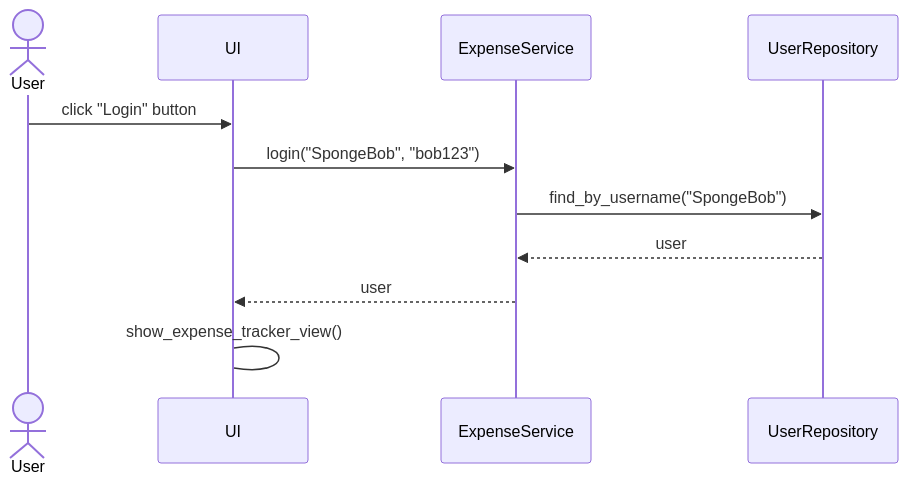
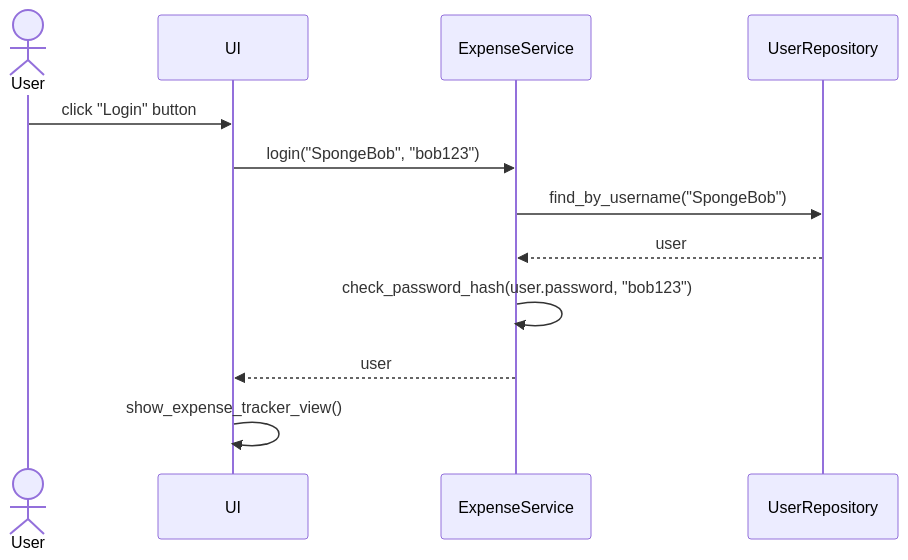
One commit to n1k1k/ot-harjoitustyo-2025 changed the second of 4 diagrams in dokumentaatio/arkkitehtuuri.md. Above: the diagram before and after it, drawn with Mermaid. The commit also changed other lines of this file, not shown here.

````diff
--- a/dokumentaatio/arkkitehtuuri.md
+++ b/dokumentaatio/arkkitehtuuri.md
@@ -75,13 +85,14 @@
 ```mermaid
 sequenceDiagram
   actor User
   participant UI
   participant ExpenseService
   participant UserRepository
   User->>UI: click "Login" button
   UI->>ExpenseService: login("SpongeBob", "bob123")
   ExpenseService->>UserRepository: find_by_username("SpongeBob")
   UserRepository-->>ExpenseService: user
+  ExpenseService->>ExpenseService: check_password_hash(user.password, "bob123")
   ExpenseService-->>UI: user
-  UI->UI: show_expense_tracker_view()
+  UI->>UI: show_expense_tracker_view()
   ```
````
